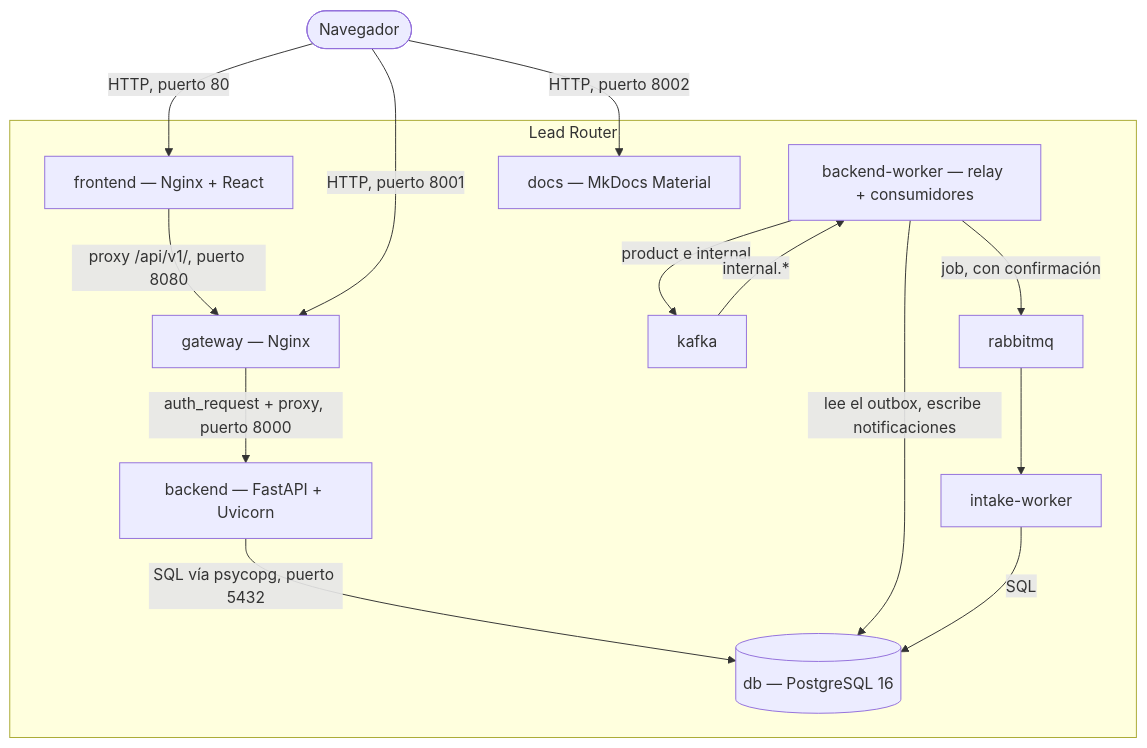
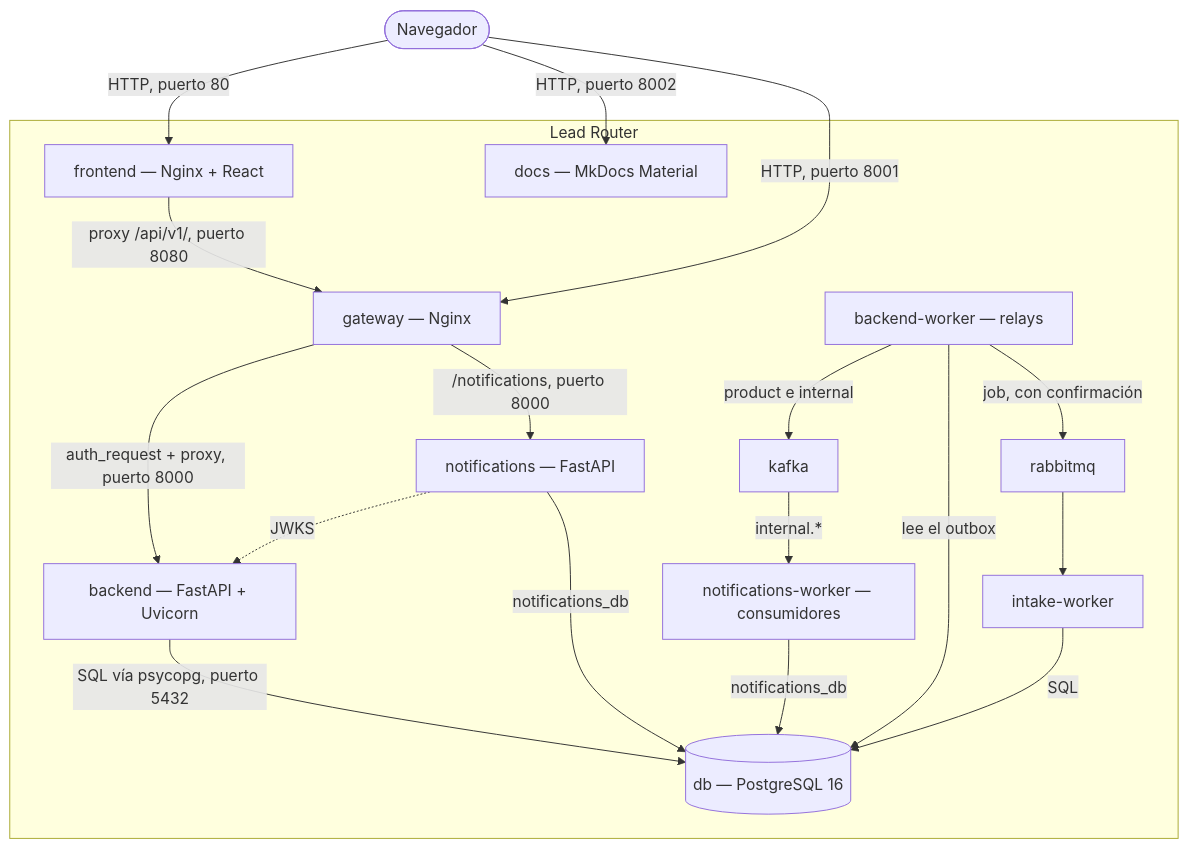
The diagram in docs/content/arquitectura/c4-contenedores.md (MDCIrony/leads-hexa), drawn with Mermaid before and after one commit. The commit also changed other lines of this file and 21 other files, not shown here.

````diff
--- a/docs/content/arquitectura/c4-contenedores.md
+++ b/docs/content/arquitectura/c4-contenedores.md
@@ -25,29 +28,35 @@
 ```mermaid
 flowchart TD
     BROWSER(["Navegador"])
 
     subgraph SISTEMA["Lead Router"]
         FRONTEND["frontend — Nginx + React"]
         GATEWAY["gateway — Nginx"]
         BACKEND["backend — FastAPI + Uvicorn"]
-        BW["backend-worker — relay + consumidores"]
+        BW["backend-worker — relays"]
+        NOTIF["notifications — FastAPI"]
+        NW["notifications-worker — consumidores"]
         IW["intake-worker"]
         DB[("db — PostgreSQL 16")]
         KAFKA["kafka"]
         RMQ["rabbitmq"]
         DOCS["docs — MkDocs Material"]
     end
 
     BROWSER -->|"HTTP, puerto 80"| FRONTEND
     FRONTEND -->|"proxy /api/v1/, puerto 8080"| GATEWAY
     BROWSER -->|"HTTP, puerto 8001"| GATEWAY
     GATEWAY -->|"auth_request + proxy, puerto 8000"| BACKEND
+    GATEWAY -->|"/notifications, puerto 8000"| NOTIF
+    NOTIF -.->|"JWKS"| BACKEND
     BACKEND -->|"SQL vía psycopg, puerto 5432"| DB
-    BW -->|"lee el outbox, escribe notificaciones"| DB
+    NOTIF -->|"notifications_db"| DB
+    NW -->|"notifications_db"| DB
+    BW -->|"lee el outbox"| DB
     BW -->|"product e internal"| KAFKA
-    KAFKA -->|"internal.*"| BW
+    KAFKA -->|"internal.*"| NW
     BW -->|"job, con confirmación"| RMQ
     RMQ --> IW
     IW -->|SQL| DB
     BROWSER -->|"HTTP, puerto 8002"| DOCS
 ```
````
